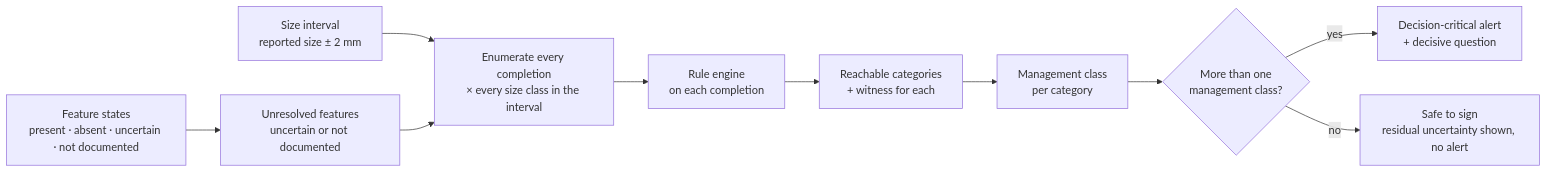
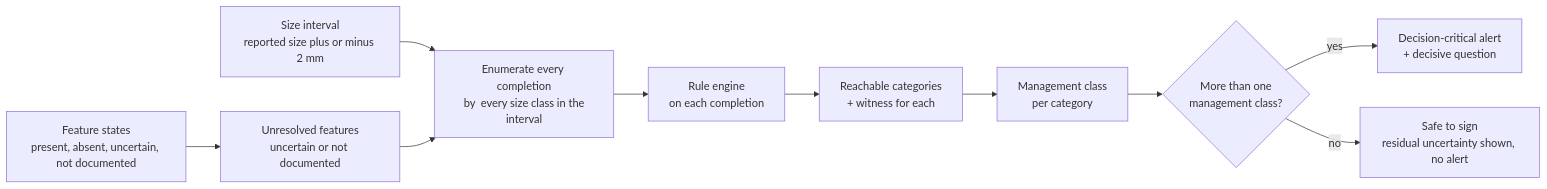
Before and after one commit to ManjunathMailey/RADS-Envelope: the second of 3 diagrams in README.md, drawn with Mermaid. The commit also changed other lines of this file and 5 other files, not shown here.

````diff
--- a/README.md
+++ b/README.md
@@ -87,12 +87,12 @@
 ```mermaid
 flowchart LR
-    F["Feature states<br/>present · absent · uncertain · not documented"] --> U["Unresolved features<br/>uncertain or not documented"]
-    Z["Size interval<br/>reported size ± 2 mm"] --> N
-    U --> N["Enumerate every completion<br/>× every size class in the interval"]
+    F["Feature states<br/>present, absent, uncertain, not documented"] --> U["Unresolved features<br/>uncertain or not documented"]
+    Z["Size interval<br/>reported size plus or minus 2 mm"] --> N
+    U --> N["Enumerate every completion<br/> by  every size class in the interval"]
     N --> T["Rule engine<br/>on each completion"]
     T --> RC["Reachable categories<br/>+ witness for each"]
     RC --> M["Management class<br/>per category"]
     M --> Q{"More than one<br/>management class?"}
     Q -- yes --> A["Decision-critical alert<br/>+ decisive question"]
     Q -- no --> OK["Safe to sign<br/>residual uncertainty shown, no alert"]
 ```
````
